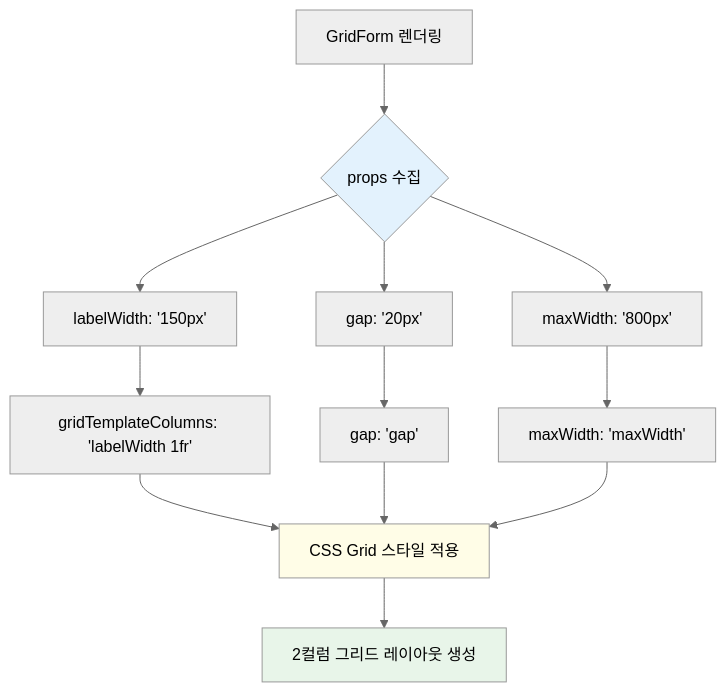
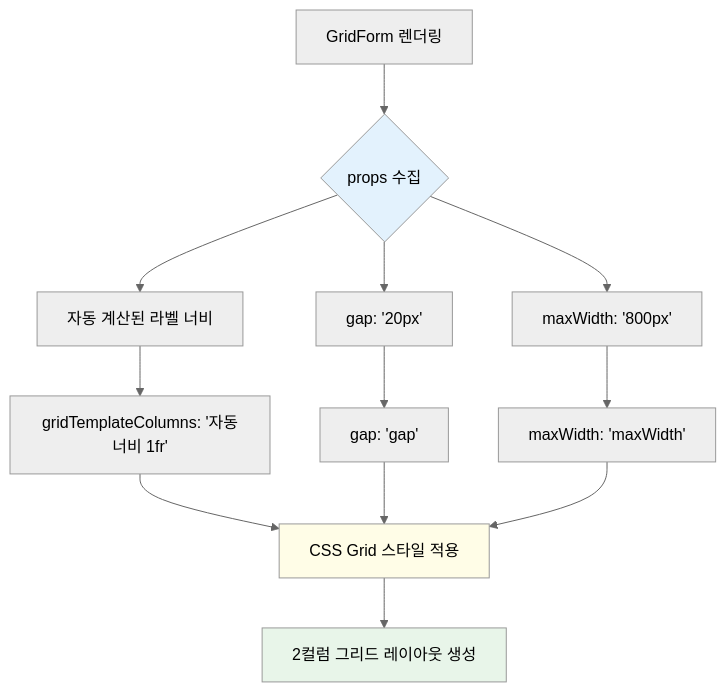
One commit to webcodur/next-temp changed the second of 5 diagrams in src/components/ui/ui-layout/grid-form/grid-form.dev.md. Above: the diagram before and after it, drawn with Mermaid (neutral theme). The commit also changed other lines of this file and 105 other files, not shown here.

````diff
--- a/src/components/ui/ui-layout/grid-form/grid-form.dev.md
+++ b/src/components/ui/ui-layout/grid-form/grid-form.dev.md
@@ -35,21 +35,21 @@
 ```mermaid
 flowchart TD
     Start[GridForm 렌더링] --> A{props 수집}
-    A --> B[labelWidth: '150px']
+    A --> B[자동 계산된 라벨 너비]
     A --> C[gap: '20px']
     A --> D[maxWidth: '800px']
     
-    B --> E[gridTemplateColumns: 'labelWidth 1fr']
+    B --> E[gridTemplateColumns: '자동너비 1fr']
     C --> F[gap: 'gap']
     D --> G[maxWidth: 'maxWidth']
     
     E --> H[CSS Grid 스타일 적용]
     F --> H
     G --> H
     
     H --> I[2컬럼 그리드 레이아웃 생성]
     
     style A fill:#e3f2fd
     style H fill:#fffde7
     style I fill:#e8f5e9
 ```
````
